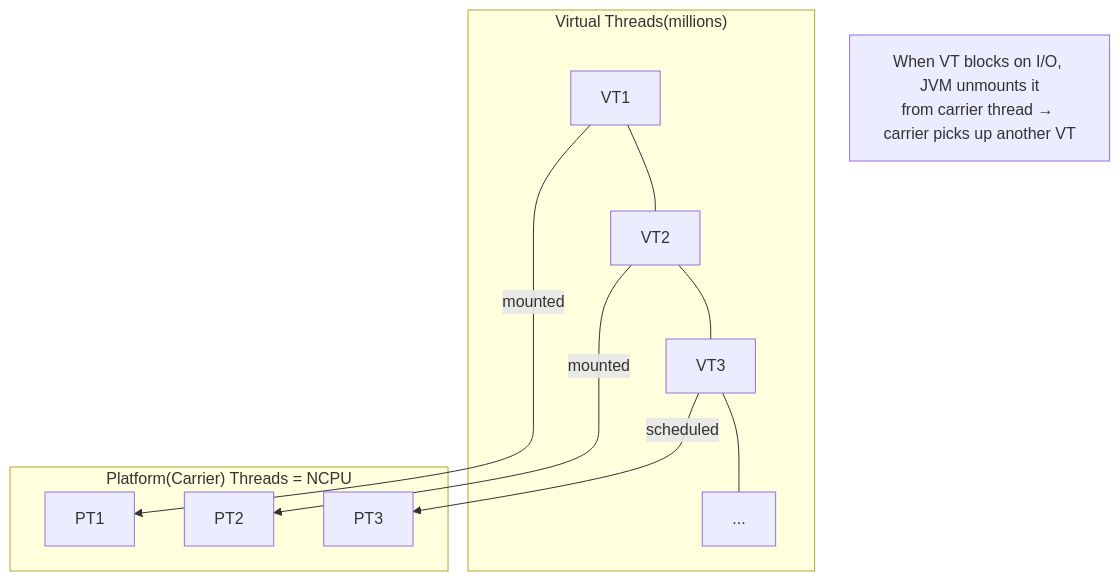
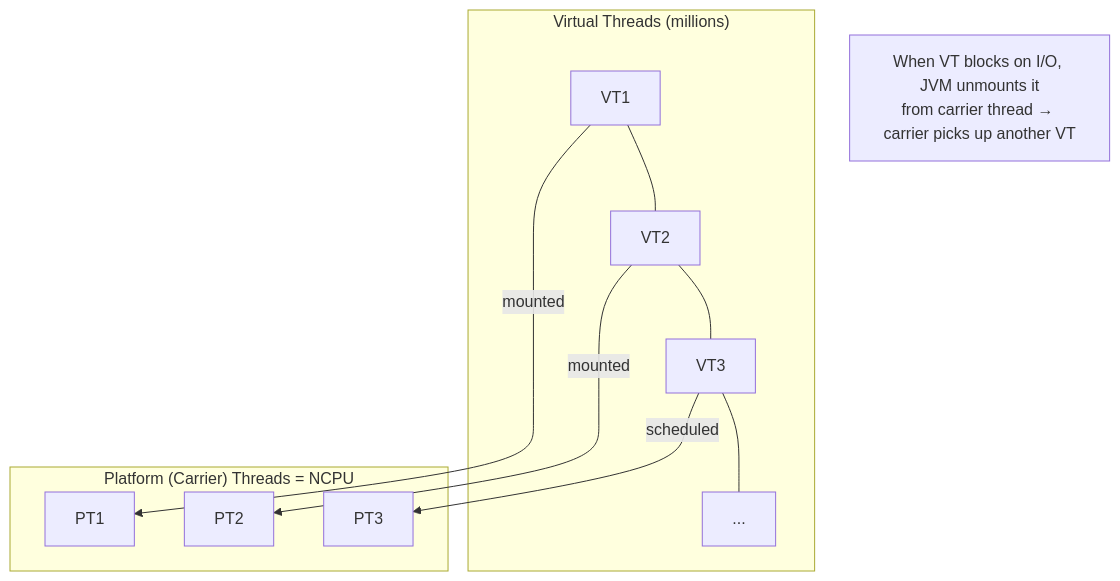
The diagram in content/questions/fundamentals/virtual-threads-java.md (pploc/swe-icon-the-moment), drawn with Mermaid before and after one commit. The commit also changed 95 other files, not shown here.

Commit message:
fix: update the practice mode diagram bug not display

````diff
--- a/content/questions/fundamentals/virtual-threads-java.md
+++ b/content/questions/fundamentals/virtual-threads-java.md
@@ -27,17 +27,18 @@
 ```mermaid
 flowchart TD
-    subgraph VTs["Virtual Threads(millions)"]
+    subgraph VTs ["Virtual Threads (millions)"]
         VT1 --- VT2 --- VT3 --- VTn["..."]
     end
-    subgraph PTs["Platform(Carrier) Threads = NCPU"]
+    subgraph PTs ["Platform (Carrier) Threads = NCPU"]
         PT1
         PT2
         PT3
     end
     VT1 -->|"mounted"| PT1
     VT2 -->|"mounted"| PT2
     VT3 -->|"scheduled"| PT3
     Note["When VT blocks on I/O, JVM unmounts it\nfrom carrier thread → carrier picks up another VT"]
 
 
+
 ```
````
